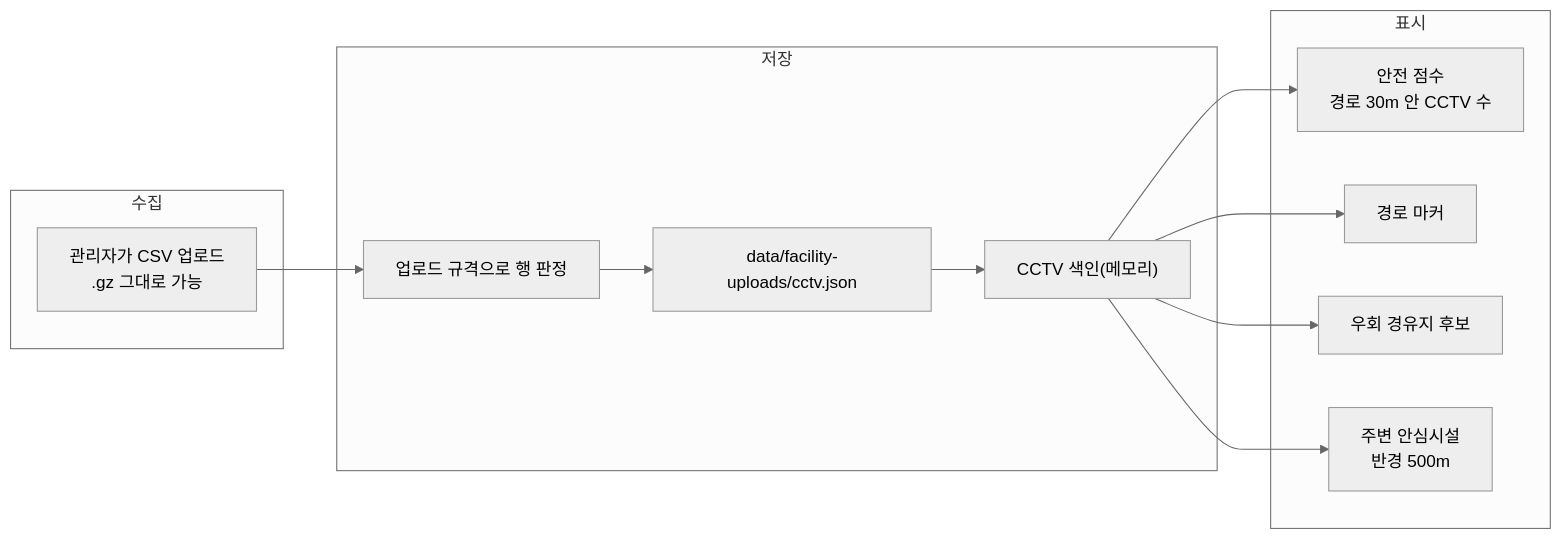
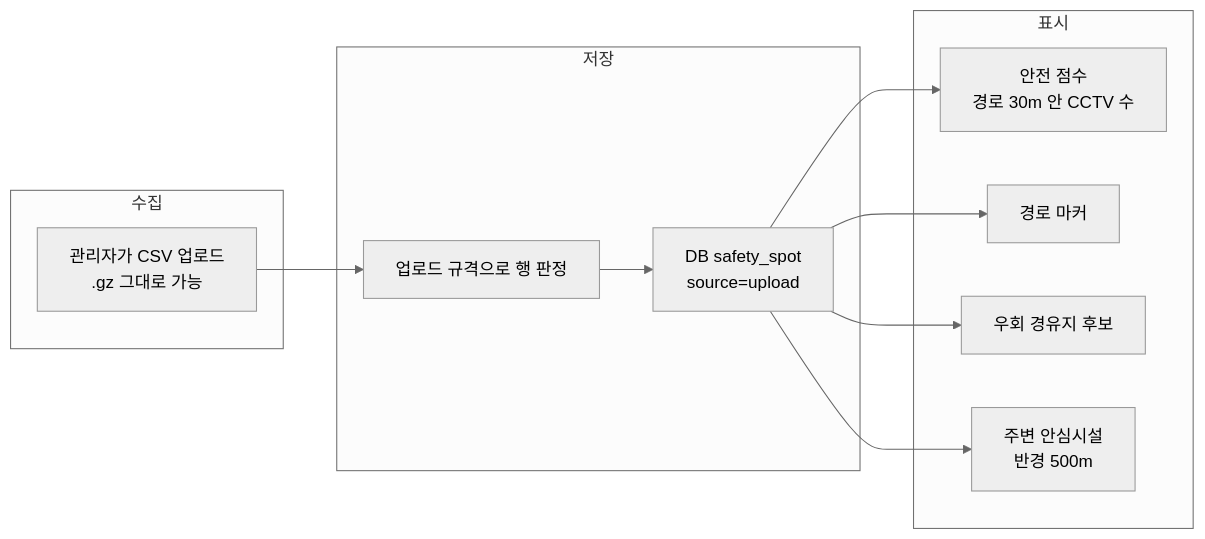
Before and after one commit to soo-ai-agent/bueongi-backend: the diagram in docs/safety-spots/cctv.md, drawn with Mermaid (neutral theme). The commit also changed other lines of this file and 11 other files, not shown here.

````diff
--- a/docs/safety-spots/cctv.md
+++ b/docs/safety-spots/cctv.md
@@ -47,21 +47,20 @@
 ```mermaid
 flowchart LR
     subgraph 수집
         A["관리자가 CSV 업로드<br/>.gz 그대로 가능"]
     end
     subgraph 저장
-        B["업로드 규격으로 행 판정"] --> C["data/facility-uploads/cctv.json"]
-        C --> D["CCTV 색인(메모리)"]
+        B["업로드 규격으로 행 판정"] --> D["DB safety_spot<br/>source=upload"]
     end
     subgraph 표시
         E1["안전 점수<br/>경로 30m 안 CCTV 수"]
         E2["경로 마커"]
         E3["우회 경유지 후보"]
         E4["주변 안심시설<br/>반경 500m"]
     end
     A --> B
     D --> E1
     D --> E2
     D --> E3
     D --> E4
 ```
````
